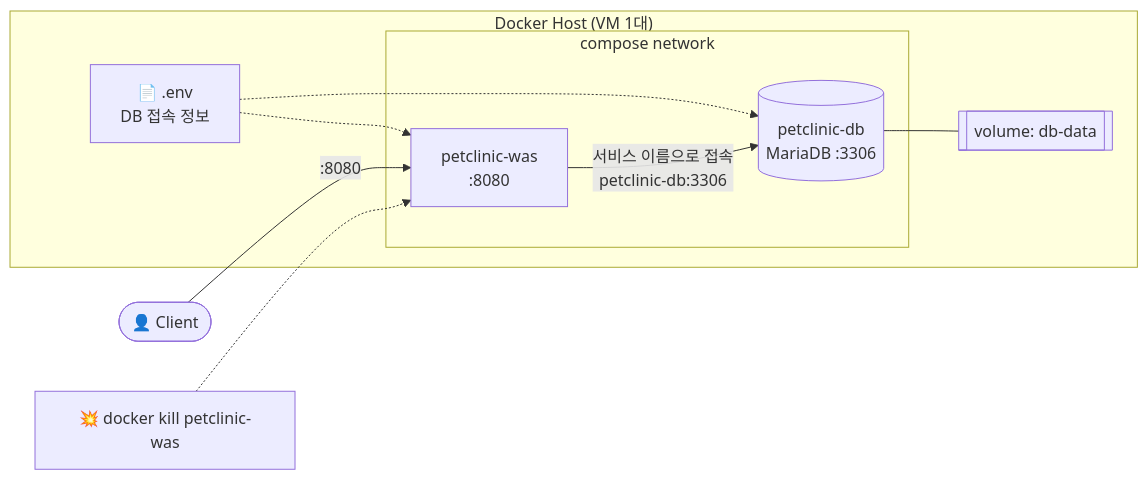
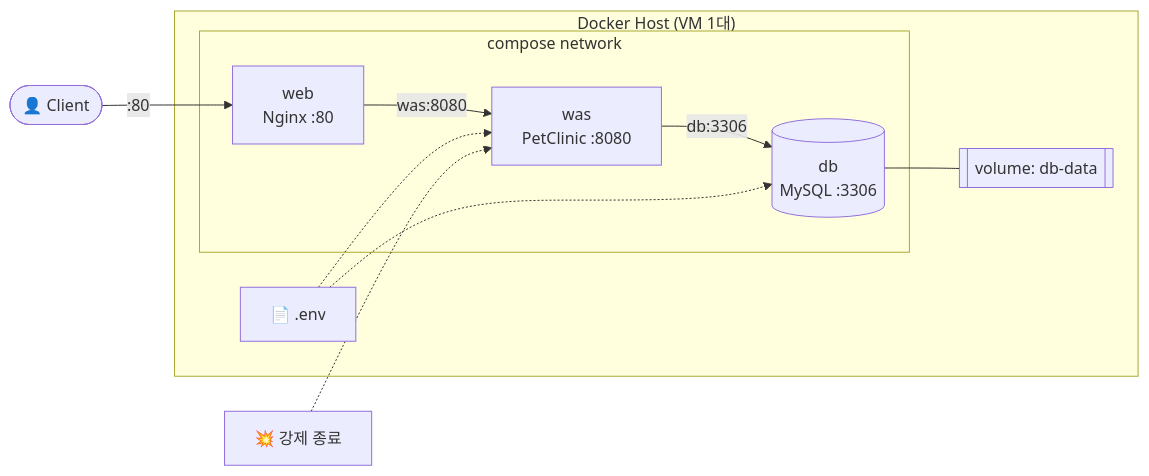
Before and after one commit to Halee0090/petclinic-migration: the fourth of 6 diagrams in README.md, drawn with Mermaid. The commit also changed other lines of this file and 5 other files, not shown here.

First line of the commit message:
구조 변경: VM 기반 3-Tier(WEB/WAS/DB) + MySQL 8.0

````diff
--- a/README.md
+++ b/README.md
@@ -118,21 +132,22 @@
 ```mermaid
 flowchart LR
     User(["👤 Client"])
 
     subgraph HOST["Docker Host (VM 1대)"]
         subgraph NET["compose network"]
-            WAS["petclinic-was<br/>:8080"]
-            DB[("petclinic-db<br/>MariaDB :3306")]
+            WEB["web<br/>Nginx :80"]
+            WAS["was<br/>PetClinic :8080"]
+            DB[("db<br/>MySQL :3306")]
         end
         VOL[["volume: db-data"]]
-        ENV["📄 .env<br/>DB 접속 정보"]
+        ENV["📄 .env"]
     end
 
-    User -- ":8080" --> WAS
-    WAS -- "서비스 이름으로 접속<br/>petclinic-db:3306" --> DB
+    User -- ":80" --> WEB
+    WEB -- "was:8080" --> WAS
+    WAS -- "db:3306" --> DB
     DB --- VOL
-    ENV -.-> WAS
-    ENV -.-> DB
+    ENV -.-> WAS & DB
 
-    KILL["💥 docker kill petclinic-was"] -.-> WAS
+    KILL["💥 강제 종료"] -.-> WAS
 ```
````
